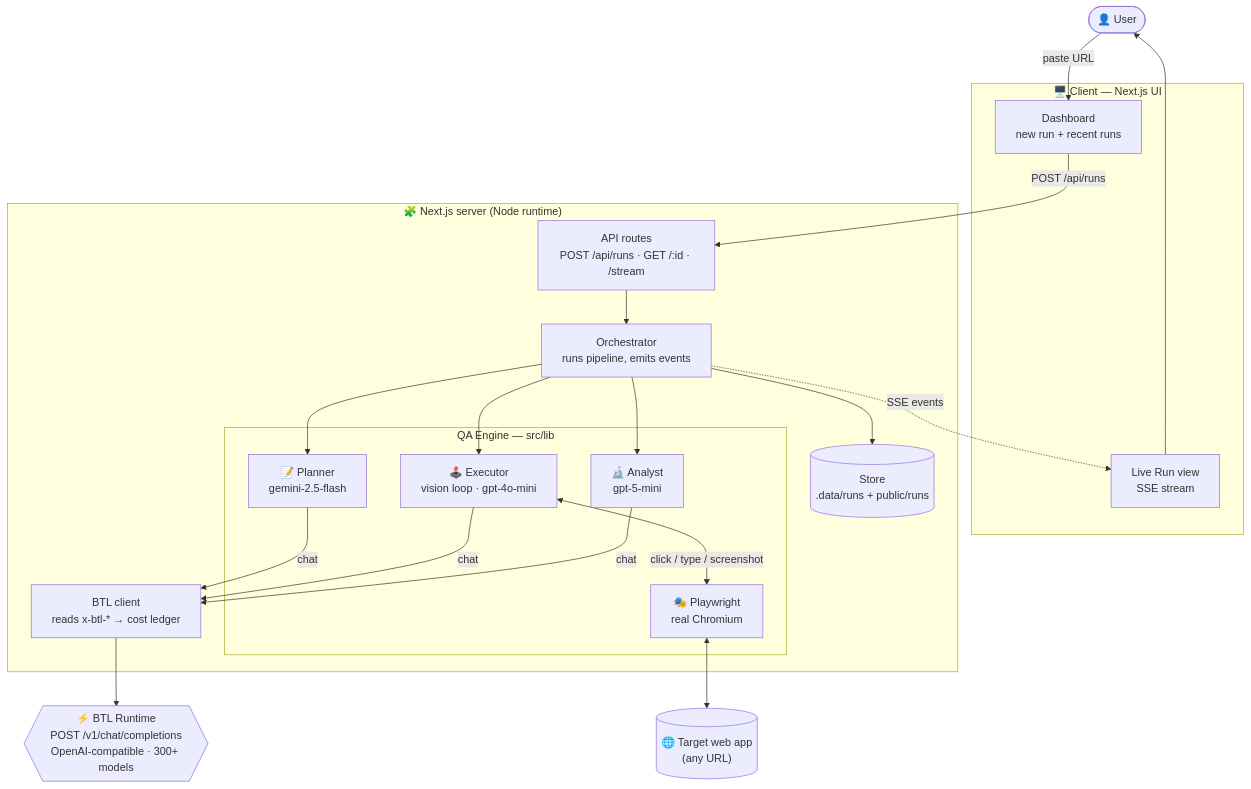
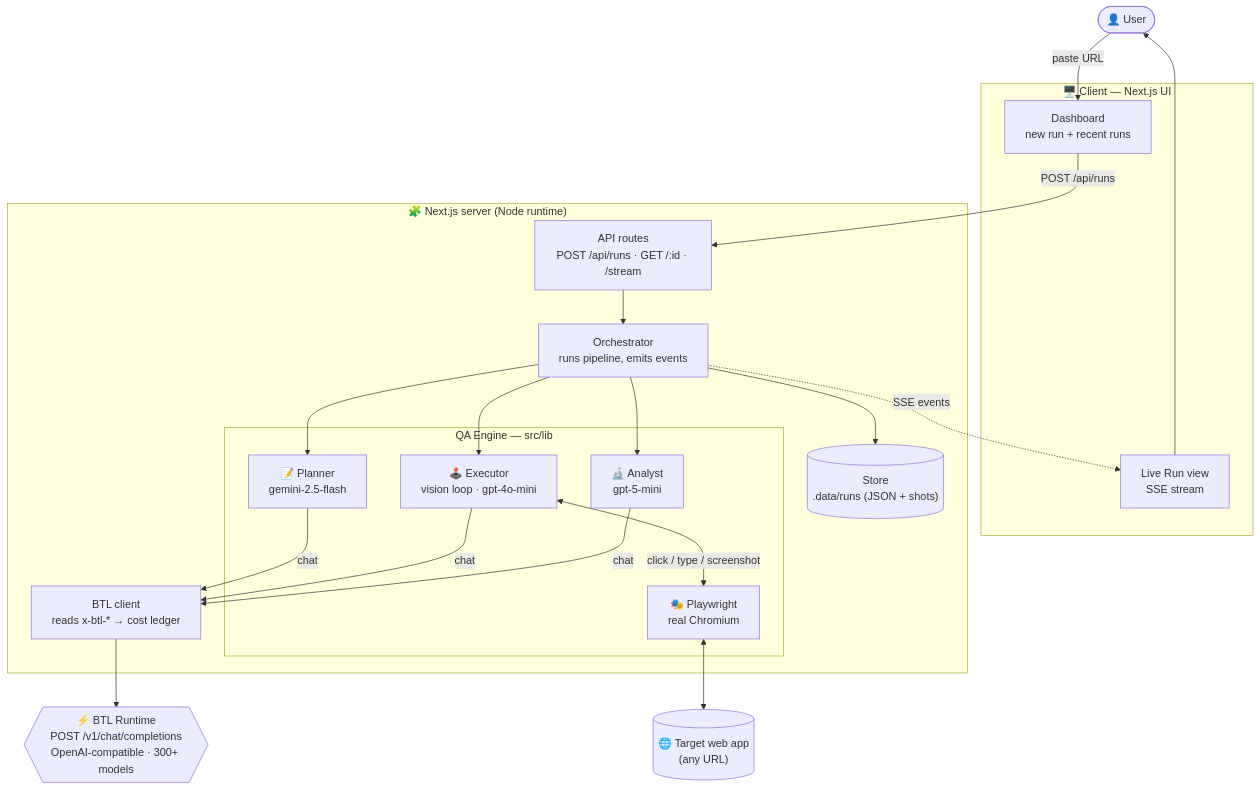
One commit to torpadeka/verifi changed the first of 2 diagrams in README.md. Above: the diagram before and after it, drawn with Mermaid. The commit also changed other lines of this file, not shown here.

````diff
--- a/README.md
+++ b/README.md
@@ -39,31 +39,31 @@
 ```mermaid
 flowchart TB
     User(["👤 User"])
     Target[("🌐 Target web app<br/>(any URL)")]
     BTL{{"⚡ BTL Runtime<br/>POST /v1/chat/completions<br/>OpenAI-compatible · 300+ models"}}
 
     subgraph Browser["🖥️ Client — Next.js UI"]
         Dash["Dashboard<br/>new run + recent runs"]
         RunView["Live Run view<br/>SSE stream"]
     end
 
     subgraph Server["🧩 Next.js server (Node runtime)"]
         API["API routes<br/>POST /api/runs · GET /:id · /stream"]
         Orch["Orchestrator<br/>runs pipeline, emits events"]
         subgraph Engine["QA Engine — src/lib"]
             Planner["📝 Planner<br/>gemini-2.5-flash"]
             Executor["🕹️ Executor<br/>vision loop · gpt-4o-mini"]
             Analyst["🔬 Analyst<br/>gpt-5-mini"]
             PW["🎭 Playwright<br/>real Chromium"]
         end
         BTLClient["BTL client<br/>reads x-btl-* → cost ledger"]
-        Store[("Store<br/>.data/runs + public/runs")]
+        Store[("Store<br/>.data/runs (JSON + shots)")]
     end
 
     User -->|paste URL| Dash -->|POST /api/runs| API --> Orch
     Orch --> Planner & Executor & Analyst
     Planner & Executor & Analyst -->|chat| BTLClient --> BTL
     Executor <-->|click / type / screenshot| PW <--> Target
     Orch --> Store
     Orch -. SSE events .-> RunView --> User
 ```
````
